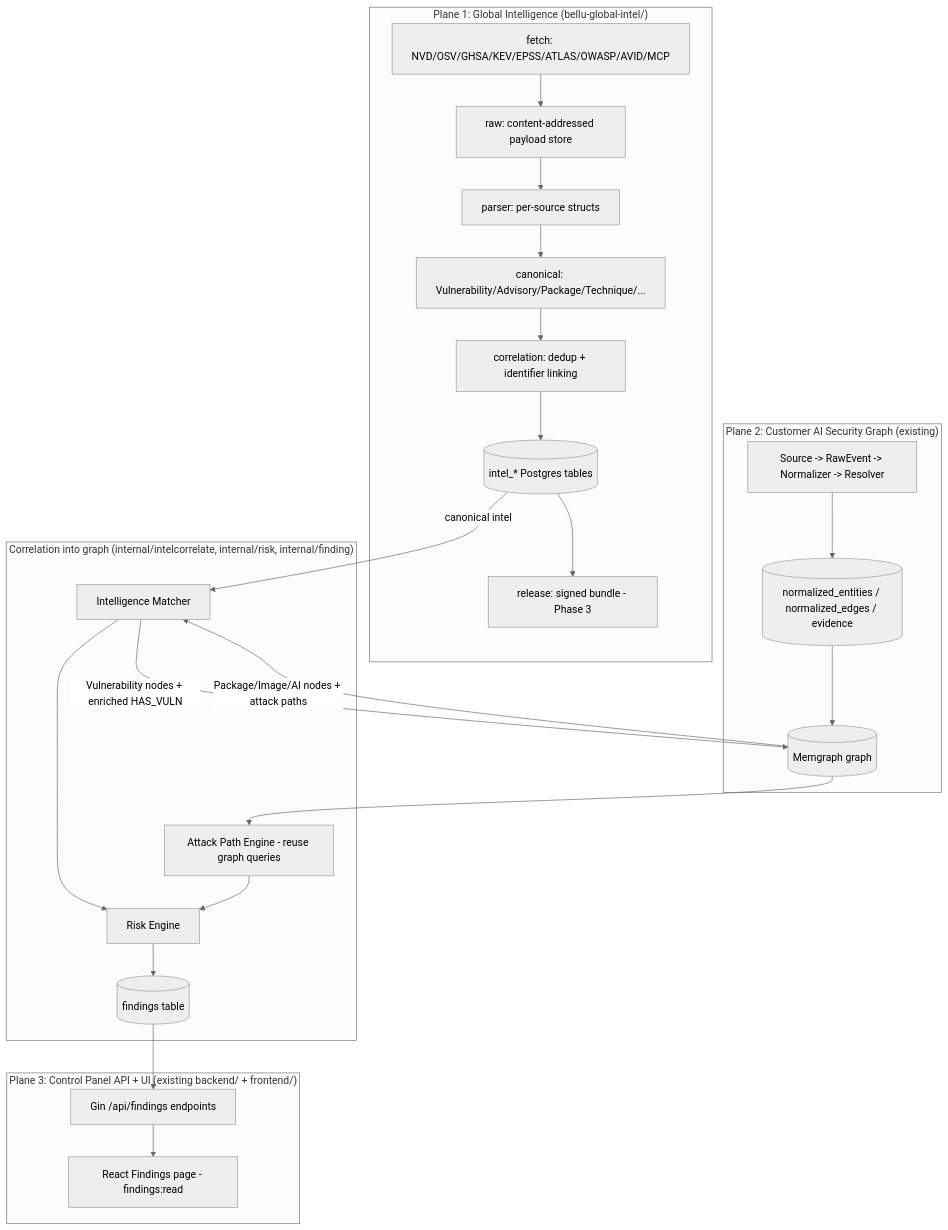
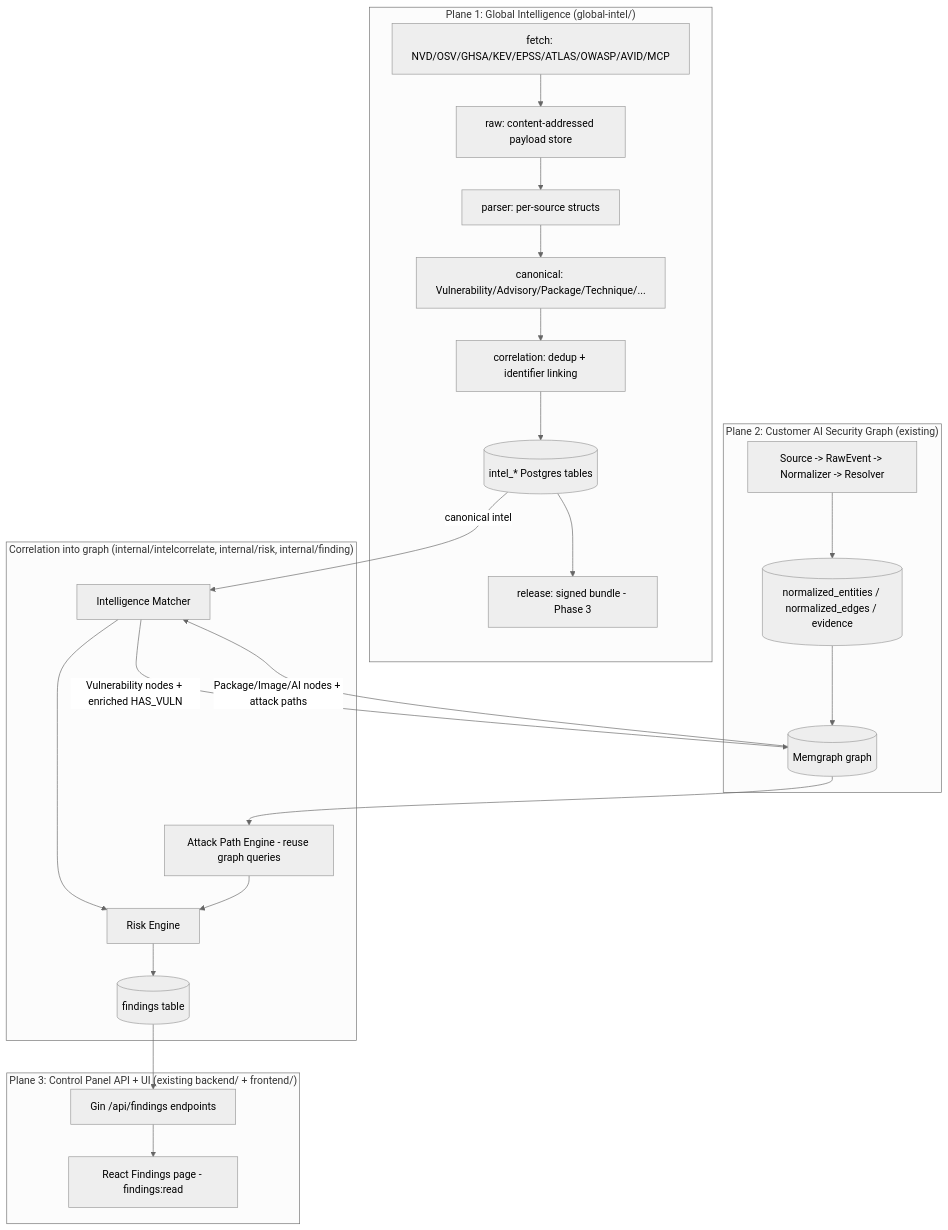
Before and after one commit to dhana0123/bellu-ai-cyber: the first of 3 diagrams in .kiro/specs/global-intelligence/design.md, drawn with Mermaid (neutral theme). The commit also changed other lines of this file and 125 other files, not shown here.

````diff
--- a/.kiro/specs/global-intelligence/design.md
+++ b/.kiro/specs/global-intelligence/design.md
@@ -40,43 +40,43 @@
 ```mermaid
 graph TD
-    subgraph P1["Plane 1: Global Intelligence (bellu-global-intel/)"]
+    subgraph P1["Plane 1: Global Intelligence (global-intel/)"]
         FE[fetch: NVD/OSV/GHSA/KEV/EPSS/ATLAS/OWASP/AVID/MCP]
         RAW[raw: content-addressed payload store]
         PAR[parser: per-source structs]
         CAN[canonical: Vulnerability/Advisory/Package/Technique/...]
         COR1[correlation: dedup + identifier linking]
         DB[(intel_* Postgres tables)]
         REL[release: signed bundle - Phase 3]
         FE --> RAW --> PAR --> CAN --> COR1 --> DB
         DB --> REL
     end
 
     subgraph P2["Plane 2: Customer AI Security Graph (existing)"]
         PIPE[Source -> RawEvent -> Normalizer -> Resolver]
         NE[(normalized_entities / normalized_edges / evidence)]
         MG[(Memgraph graph)]
         PIPE --> NE --> MG
     end
 
     subgraph MATCH["Correlation into graph (internal/intelcorrelate, internal/risk, internal/finding)"]
         IM[Intelligence Matcher]
         RE[Risk Engine]
         APE[Attack Path Engine - reuse graph queries]
         FND[(findings table)]
         IM --> RE
         APE --> RE
         RE --> FND
     end
 
     subgraph P3["Plane 3: Control Panel API + UI (existing backend/ + frontend/)"]
         API[Gin /api/findings endpoints]
         UI[React Findings page - findings:read]
         API --> UI
     end
 
     DB -->|canonical intel| IM
     MG  -->|Package/Image/AI nodes + attack paths| IM
     MG  --> APE
     FND --> API
     IM -->|Vulnerability nodes + enriched HAS_VULN| MG
 ```
````
